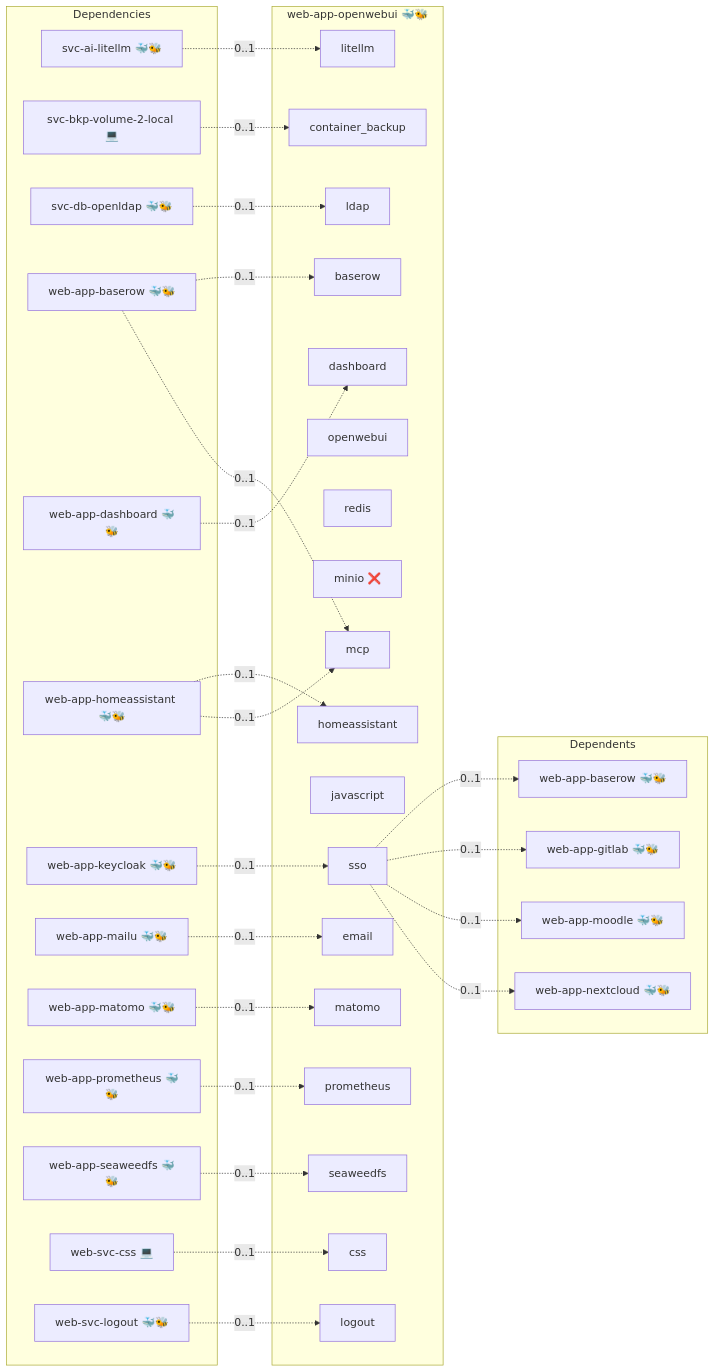
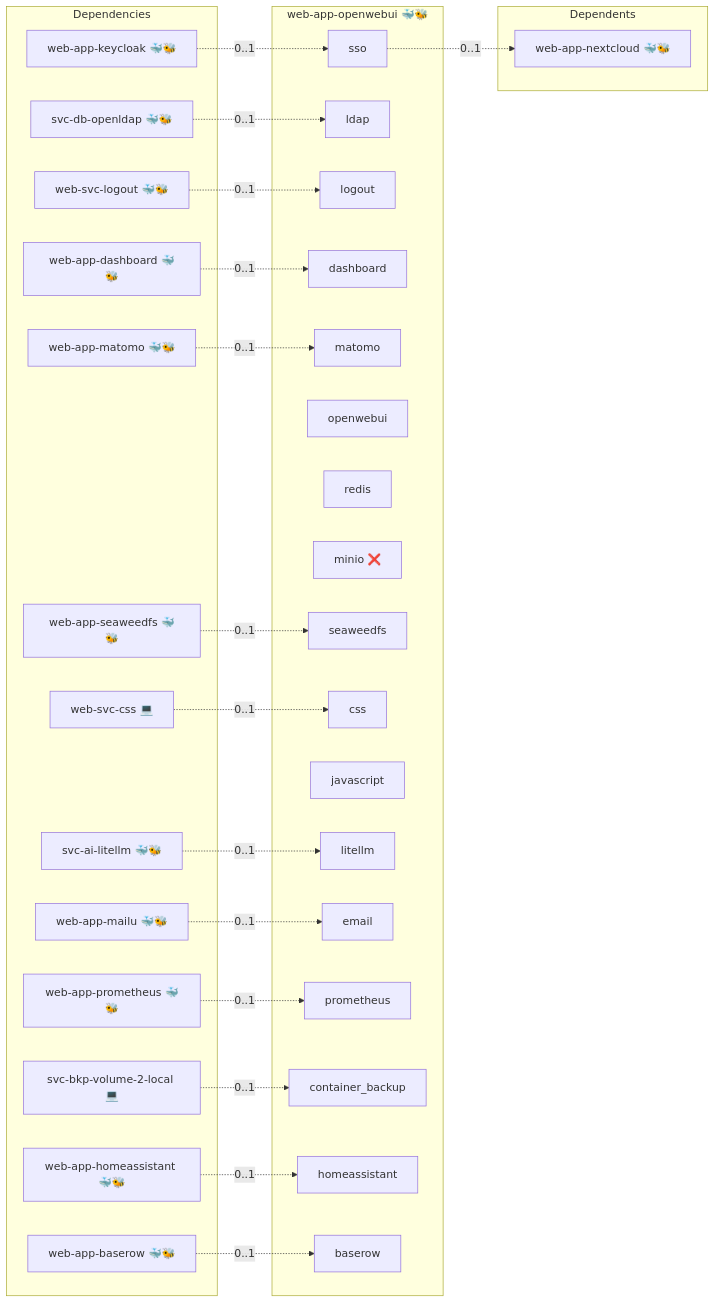
Before and after one commit to infinito-nexus/core: the diagram in roles/web-app-openwebui/README.md, drawn with Mermaid. The commit also changed other lines of this file and 142 other files, not shown here.

````diff
--- a/roles/web-app-openwebui/README.md
+++ b/roles/web-app-openwebui/README.md
@@ -15,63 +15,54 @@
 ```mermaid
 flowchart LR
     subgraph deps [Dependencies]
         dep_svc_ai_litellm["svc-ai-litellm 🐳🐝"]
         dep_svc_bkp_volume_2_local["svc-bkp-volume-2-local 💻"]
         dep_svc_db_openldap["svc-db-openldap 🐳🐝"]
         dep_web_app_baserow["web-app-baserow 🐳🐝"]
         dep_web_app_dashboard["web-app-dashboard 🐳🐝"]
         dep_web_app_homeassistant["web-app-homeassistant 🐳🐝"]
         dep_web_app_keycloak["web-app-keycloak 🐳🐝"]
         dep_web_app_mailu["web-app-mailu 🐳🐝"]
         dep_web_app_matomo["web-app-matomo 🐳🐝"]
         dep_web_app_prometheus["web-app-prometheus 🐳🐝"]
         dep_web_app_seaweedfs["web-app-seaweedfs 🐳🐝"]
         dep_web_svc_css["web-svc-css 💻"]
         dep_web_svc_logout["web-svc-logout 🐳🐝"]
     end
     subgraph role [web-app-openwebui 🐳🐝]
         svc_sso["sso"]
         svc_ldap["ldap"]
         svc_logout["logout"]
         svc_dashboard["dashboard"]
         svc_matomo["matomo"]
         svc_openwebui["openwebui"]
         svc_redis["redis"]
         svc_minio["minio ❌"]
         svc_seaweedfs["seaweedfs"]
         svc_css["css"]
         svc_javascript["javascript"]
         svc_litellm["litellm"]
-        svc_mcp["mcp"]
         svc_email["email"]
         svc_prometheus["prometheus"]
         svc_container_backup["container_backup"]
         svc_homeassistant["homeassistant"]
         svc_baserow["baserow"]
     end
     subgraph dependents [Dependents]
-        dpt_web_app_baserow["web-app-baserow 🐳🐝"]
-        dpt_web_app_gitlab["web-app-gitlab 🐳🐝"]
-        dpt_web_app_moodle["web-app-moodle 🐳🐝"]
         dpt_web_app_nextcloud["web-app-nextcloud 🐳🐝"]
     end
     dep_svc_ai_litellm -. "0..1" .-> svc_litellm
     dep_svc_bkp_volume_2_local -. "0..1" .-> svc_container_backup
     dep_svc_db_openldap -. "0..1" .-> svc_ldap
     dep_web_app_baserow -. "0..1" .-> svc_baserow
-    dep_web_app_baserow -. "0..1" .-> svc_mcp
     dep_web_app_dashboard -. "0..1" .-> svc_dashboard
     dep_web_app_homeassistant -. "0..1" .-> svc_homeassistant
-    dep_web_app_homeassistant -. "0..1" .-> svc_mcp
     dep_web_app_keycloak -. "0..1" .-> svc_sso
     dep_web_app_mailu -. "0..1" .-> svc_email
     dep_web_app_matomo -. "0..1" .-> svc_matomo
     dep_web_app_prometheus -. "0..1" .-> svc_prometheus
     dep_web_app_seaweedfs -. "0..1" .-> svc_seaweedfs
     dep_web_svc_css -. "0..1" .-> svc_css
     dep_web_svc_logout -. "0..1" .-> svc_logout
-    svc_sso -. "0..1" .-> dpt_web_app_baserow
-    svc_sso -. "0..1" .-> dpt_web_app_gitlab
-    svc_sso -. "0..1" .-> dpt_web_app_moodle
     svc_sso -. "0..1" .-> dpt_web_app_nextcloud
 ```
````
